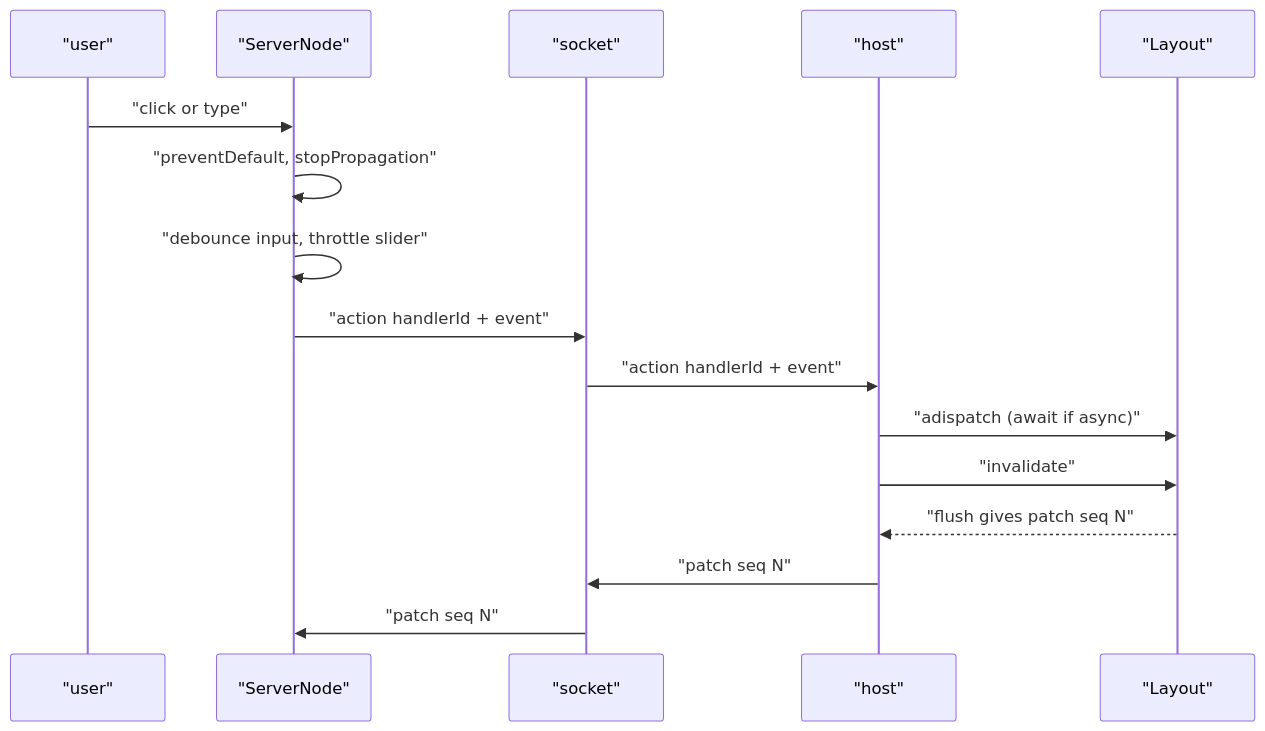
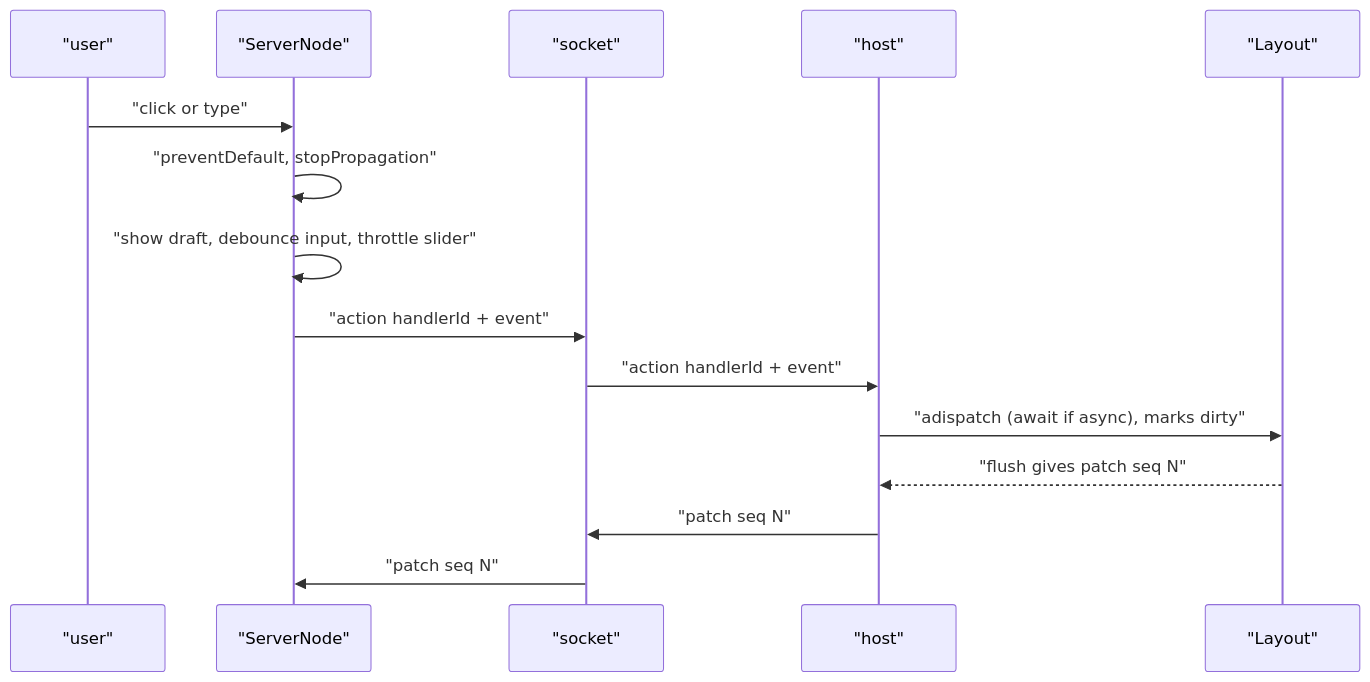
Before and after one commit to aaron-riact/flyrail: the fourth of 8 diagrams in docs/how-it-works.md, drawn with Mermaid. The commit also changed other lines of this file and 1 other file, not shown here.

````diff
--- a/docs/how-it-works.md
+++ b/docs/how-it-works.md
@@ -100,18 +102,17 @@
 ```mermaid
 sequenceDiagram
     participant U as "user"
     participant R as "ServerNode"
     participant S as "socket"
     participant H as "host"
     participant L as "Layout"
     U->>R: "click or type"
     R->>R: "preventDefault, stopPropagation"
-    R->>R: "debounce input, throttle slider"
+    R->>R: "show draft, debounce input, throttle slider"
     R->>S: "action handlerId + event"
     S->>H: "action handlerId + event"
-    H->>L: "adispatch (await if async)"
-    H->>L: "invalidate"
+    H->>L: "adispatch (await if async), marks dirty"
     L-->>H: "flush gives patch seq N"
     H->>S: "patch seq N"
     S->>R: "patch seq N"
 ```
````
